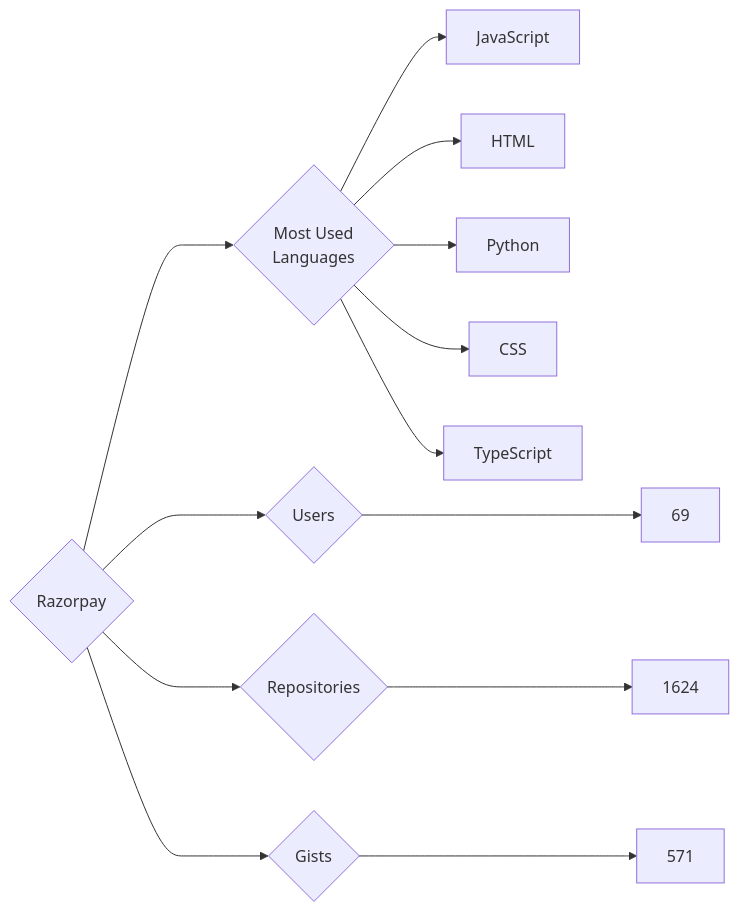
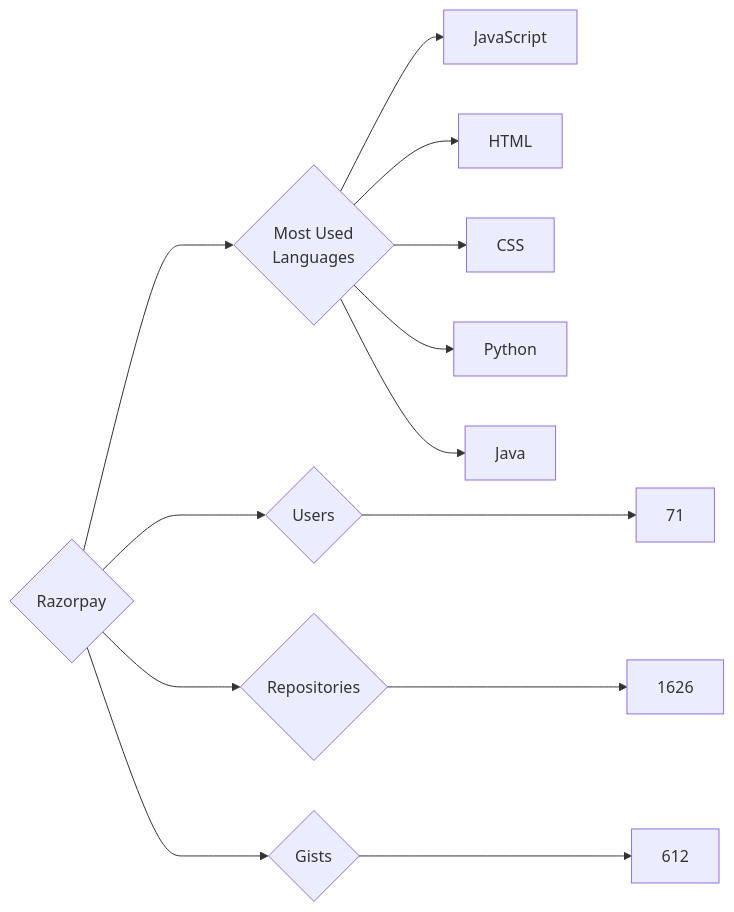
The diagram in targets/Razorpay/README.md (trickest/insiders), drawn with Mermaid before and after one commit. The commit also changed 928 other files, not shown here.

````diff
--- a/targets/Razorpay/README.md
+++ b/targets/Razorpay/README.md
@@ -3,13 +3,13 @@
 ```mermaid
 graph LR
 COMPANY_NAME{Razorpay}
-COMPANY_NAME ---> U{Users} ---> UN[69]
-COMPANY_NAME ---> R{Repositories} ---> RN[1624]
-COMPANY_NAME ---> G{Gists} ---> GN[571]
+COMPANY_NAME ---> U{Users} ---> UN[71]
+COMPANY_NAME ---> R{Repositories} ---> RN[1626]
+COMPANY_NAME ---> G{Gists} ---> GN[612]
 COMPANY_NAME ---> ML{Most Used<br>Languages}
 ML --> JavaScript[JavaScript]
 ML --> HTML[HTML]
+ML --> CSS[CSS]
 ML --> Python[Python]
-ML --> CSS[CSS]
-ML --> TypeScript[TypeScript]
+ML --> Java[Java]
 ```
````
